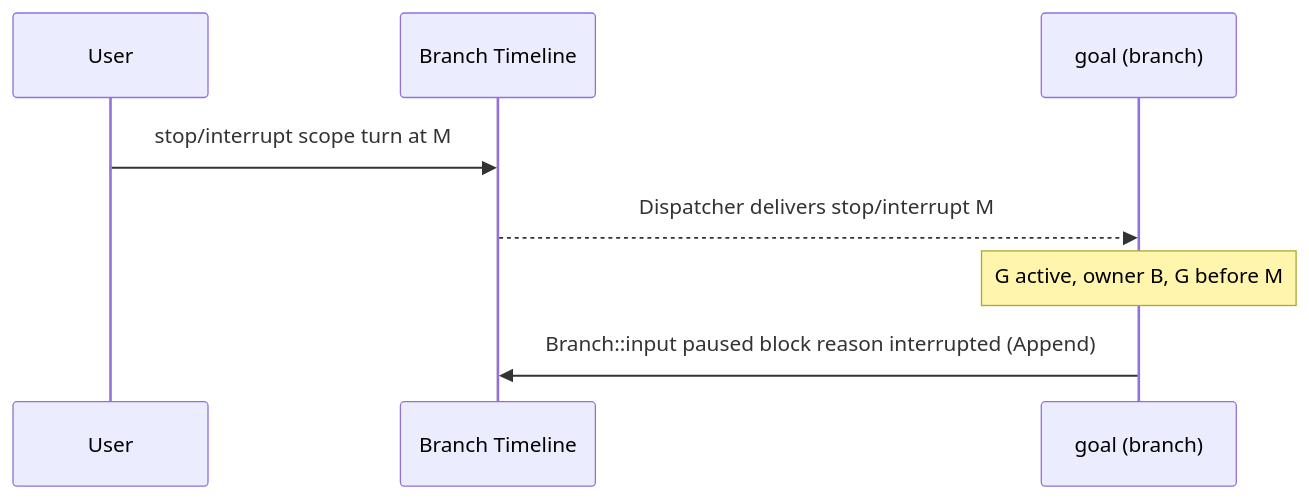
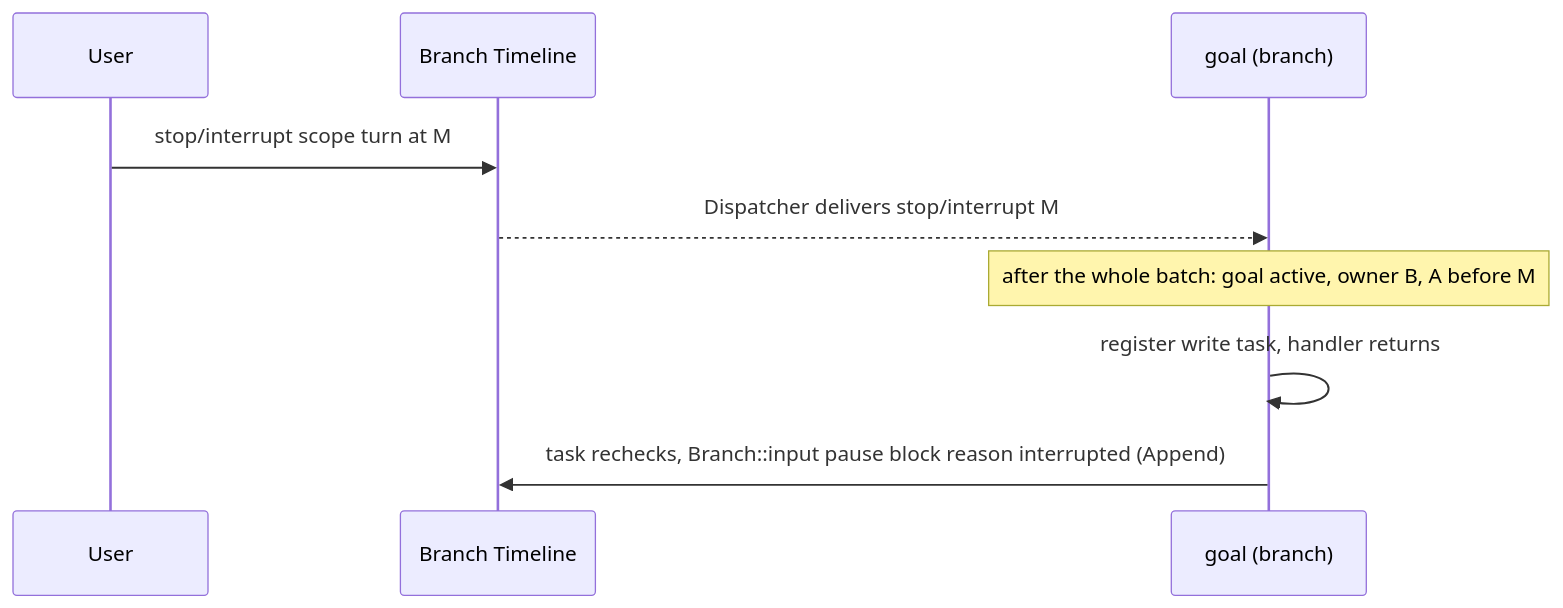
One commit to CoutinhoTTS/dim-agent changed the fifth of 6 diagrams in docs/design/plugins/Goal.md. Above: the diagram before and after it, drawn with Mermaid. The commit also changed other lines of this file and 40 other files, not shown here.

````diff
--- a/docs/design/plugins/Goal.md
+++ b/docs/design/plugins/Goal.md
@@ -129,10 +148,11 @@
 ```mermaid
 sequenceDiagram
   participant User
   participant TL as Branch Timeline
   participant G as goal (branch)
   User->>TL: stop/interrupt scope turn at M
   TL-->>G: Dispatcher delivers stop/interrupt M
-  Note over G: G active, owner B, G before M
-  G->>TL: Branch::input paused block reason interrupted (Append)
+  Note over G: after the whole batch: goal active, owner B, A before M
+  G->>G: register write task, handler returns
+  G->>TL: task rechecks, Branch::input pause block reason interrupted (Append)
 ```
````
